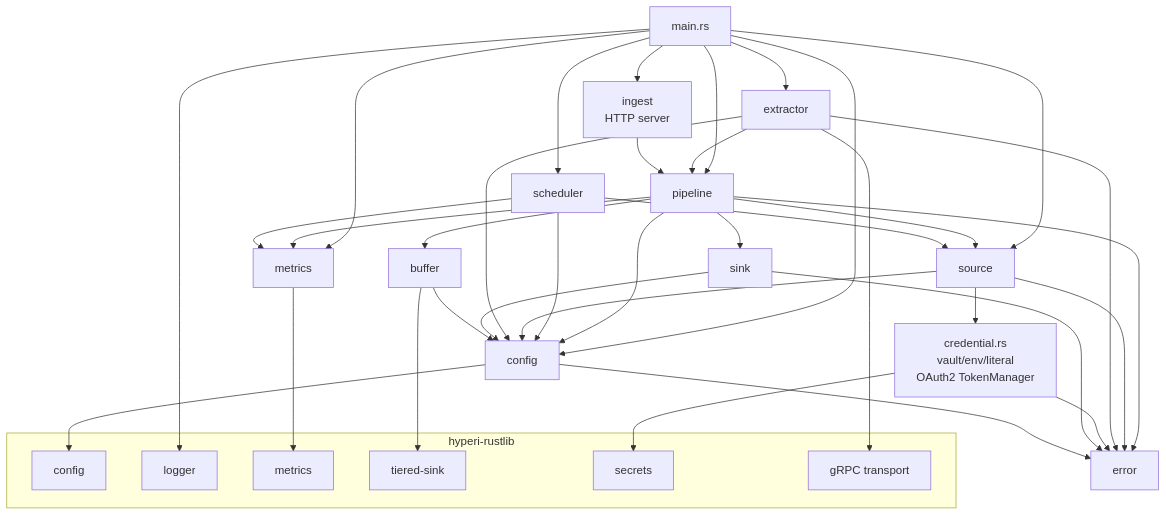
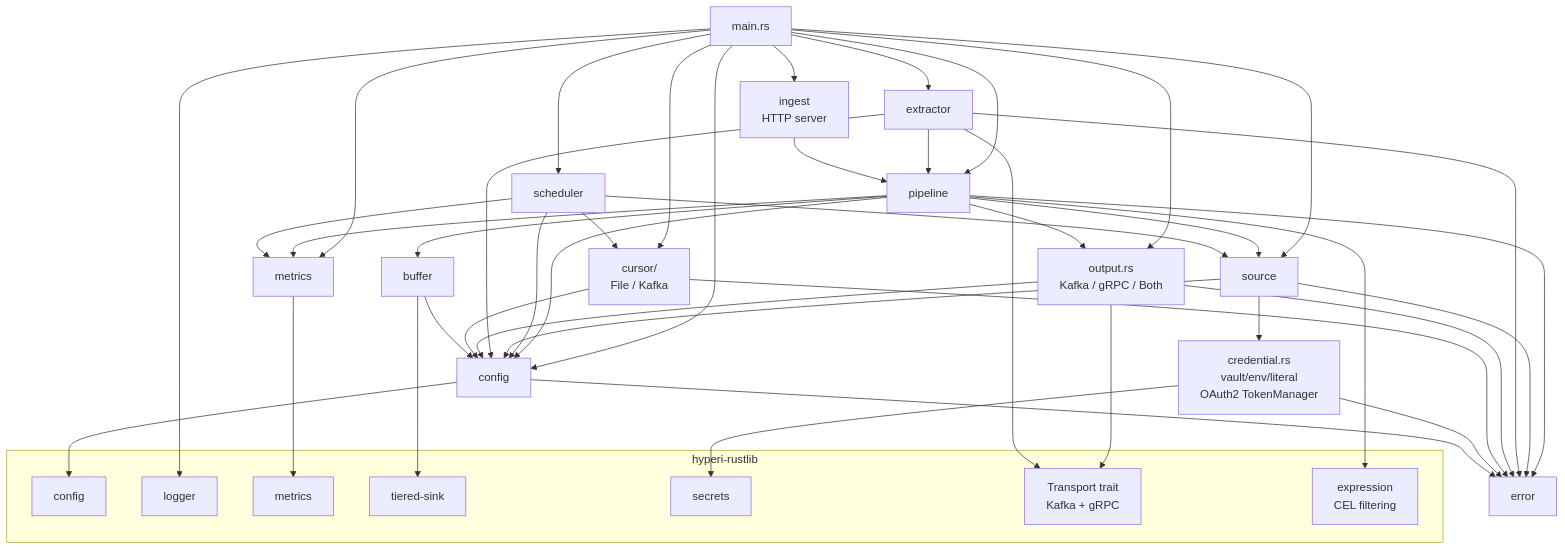
Before and after one commit to hyperi-io/dfe-fetcher: the eighth of 8 diagrams in docs/DESIGN.md, drawn with Mermaid. The commit also changed other lines of this file and 3 other files, not shown here.

Commit message:
docs: update architecture, config examples, and TODO for hardening

````diff
--- a/docs/DESIGN.md
+++ b/docs/DESIGN.md
@@ -232,56 +225,65 @@
 ```mermaid
 graph TD
     main[main.rs] --> config
     main --> metrics
     main --> pipeline
     main --> scheduler
     main --> source
     main --> extractor
     main --> ingest
+    main --> output
+    main --> cursor
 
     pipeline --> config
     pipeline --> metrics
-    pipeline --> sink
+    pipeline --> output
     pipeline --> buffer
     pipeline --> source
     pipeline --> error
 
     scheduler --> config
     scheduler --> metrics
     scheduler --> source
+    scheduler --> cursor
 
     source --> config
     source --> credential
     source --> error
 
     extractor --> config
     extractor --> error
     extractor --> pipeline
 
     ingest[ingest<br>HTTP server] --> pipeline
 
+    output[output.rs<br>Kafka / gRPC / Both] --> config
+    output --> error
+
+    cursor[cursor/<br>File / Kafka] --> config
+    cursor --> error
+
     credential[credential.rs<br>vault/env/literal<br>OAuth2 TokenManager] --> error
-
-    sink --> config
-    sink --> error
 
     buffer --> config
 
     config --> error
 
     subgraph "hyperi-rustlib"
         rustlib_config[config]
         rustlib_logger[logger]
         rustlib_metrics[metrics]
         rustlib_tiered[tiered-sink]
         rustlib_secrets[secrets]
-        rustlib_transport[gRPC transport]
+        rustlib_transport[Transport trait<br>Kafka + gRPC]
+        rustlib_expression[expression<br>CEL filtering]
     end
 
     config --> rustlib_config
     main --> rustlib_logger
     metrics --> rustlib_metrics
     buffer --> rustlib_tiered
     credential --> rustlib_secrets
+    output --> rustlib_transport
     extractor --> rustlib_transport
+    pipeline --> rustlib_expression
 ```
````
